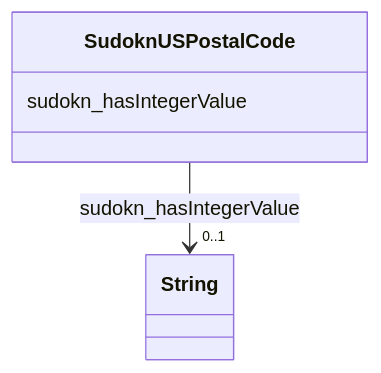
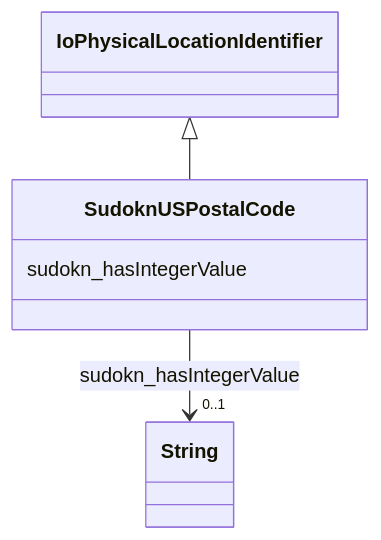
Before and after one commit to frink-okn/graph-descriptions: the diagram in sudokn-kg/classes/SudoknUSPostalCode.md, drawn with Mermaid. The commit also changed other lines of this file and 903 other files, not shown here.

````diff
--- a/sudokn-kg/classes/SudoknUSPostalCode.md
+++ b/sudokn-kg/classes/SudoknUSPostalCode.md
@@ -23,15 +18,18 @@
 ```mermaid
  classDiagram
     class SudoknUSPostalCode
     click SudoknUSPostalCode href "../SudoknUSPostalCode"
+      IoPhysicalLocationIdentifier <|-- SudoknUSPostalCode
+        click IoPhysicalLocationIdentifier href "../IoPhysicalLocationIdentifier"
+      
       SudoknUSPostalCode : sudokn_hasIntegerValue
         
           
     
     
     SudoknUSPostalCode --> "0..1" String : sudokn_hasIntegerValue
     click String href "../String"
 
         
       
 ```
````
